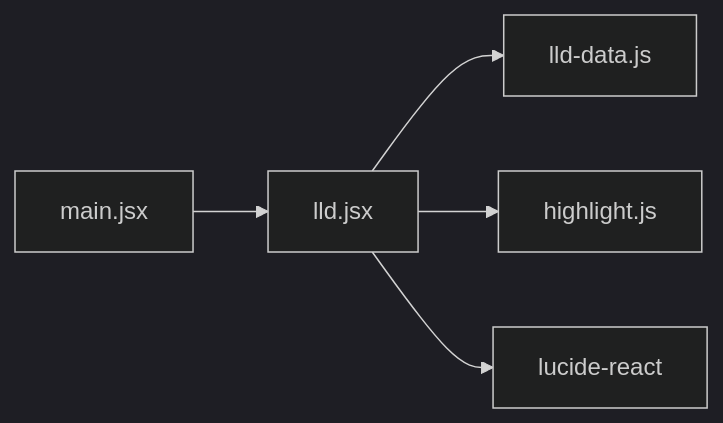
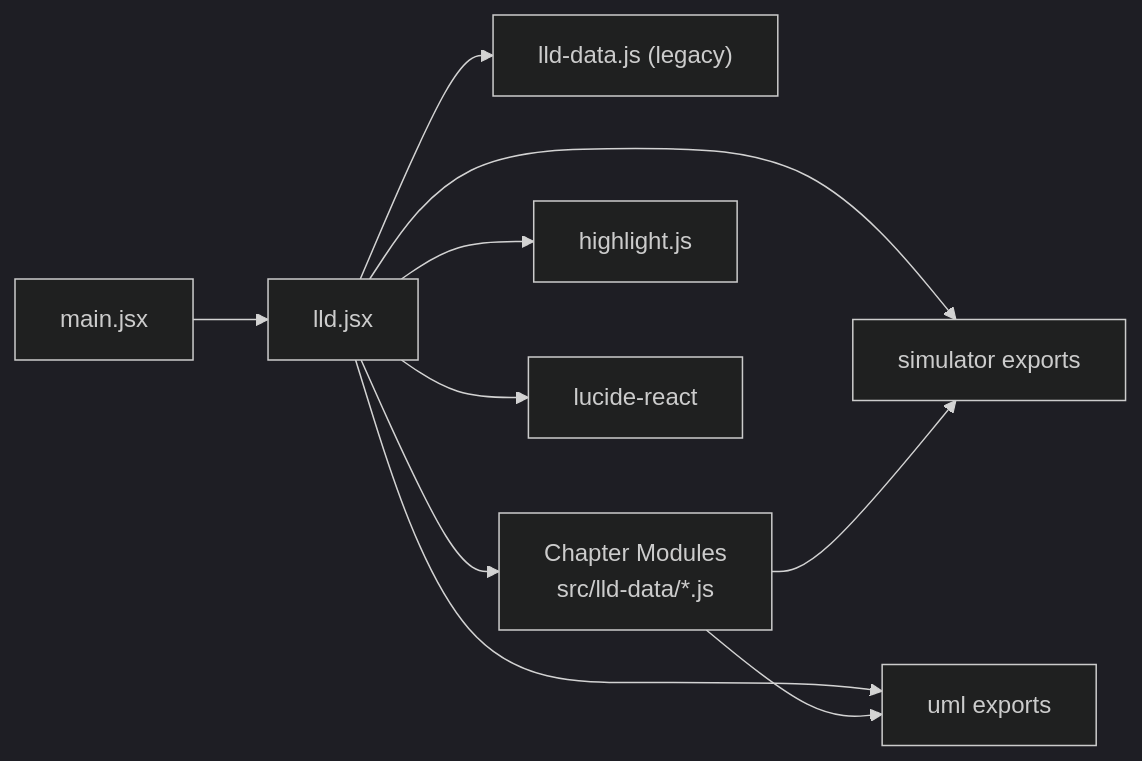
Before and after one commit to iamrituraj/DSA-Tracker: the fourth of 4 diagrams in .qoder/repowiki/en/content/Frontend Application/LLD Lab Component.md, drawn with Mermaid (dark theme). The commit also changed other lines of this file and 22 other files, not shown here.

````diff
--- a/.qoder/repowiki/en/content/Frontend Application/LLD Lab Component.md
+++ b/.qoder/repowiki/en/content/Frontend Application/LLD Lab Component.md
@@ -208,7 +360,12 @@
 ```mermaid
 graph LR
 Main["main.jsx"] --> LLD["lld.jsx"]
-LLD --> Data["lld-data.js"]
+LLD --> Data["lld-data.js (legacy)"]
+LLD --> ChapterData["Chapter Modules<br/>src/lld-data/*.js"]
+LLD --> Sim["lld-sim.jsx"]
+LLD --> UML["lld-uml.jsx"]
 LLD --> HL["highlight.js"]
 LLD --> Icons["lucide-react"]
+ChapterData --> Sim["simulator exports"]
+ChapterData --> UML["uml exports"]
 ```
````
